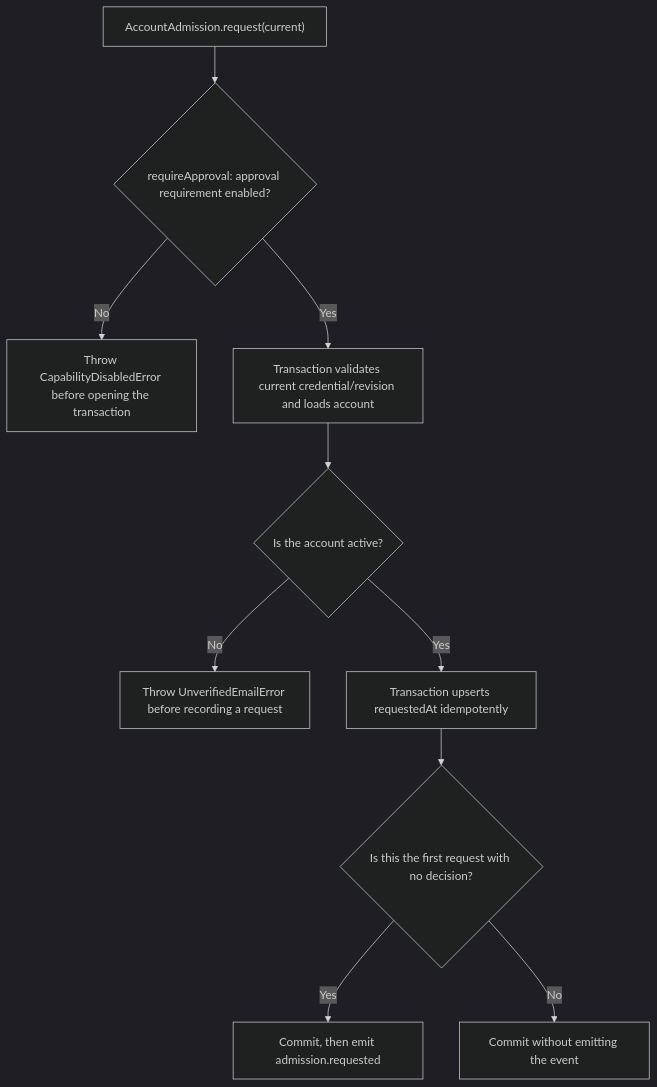
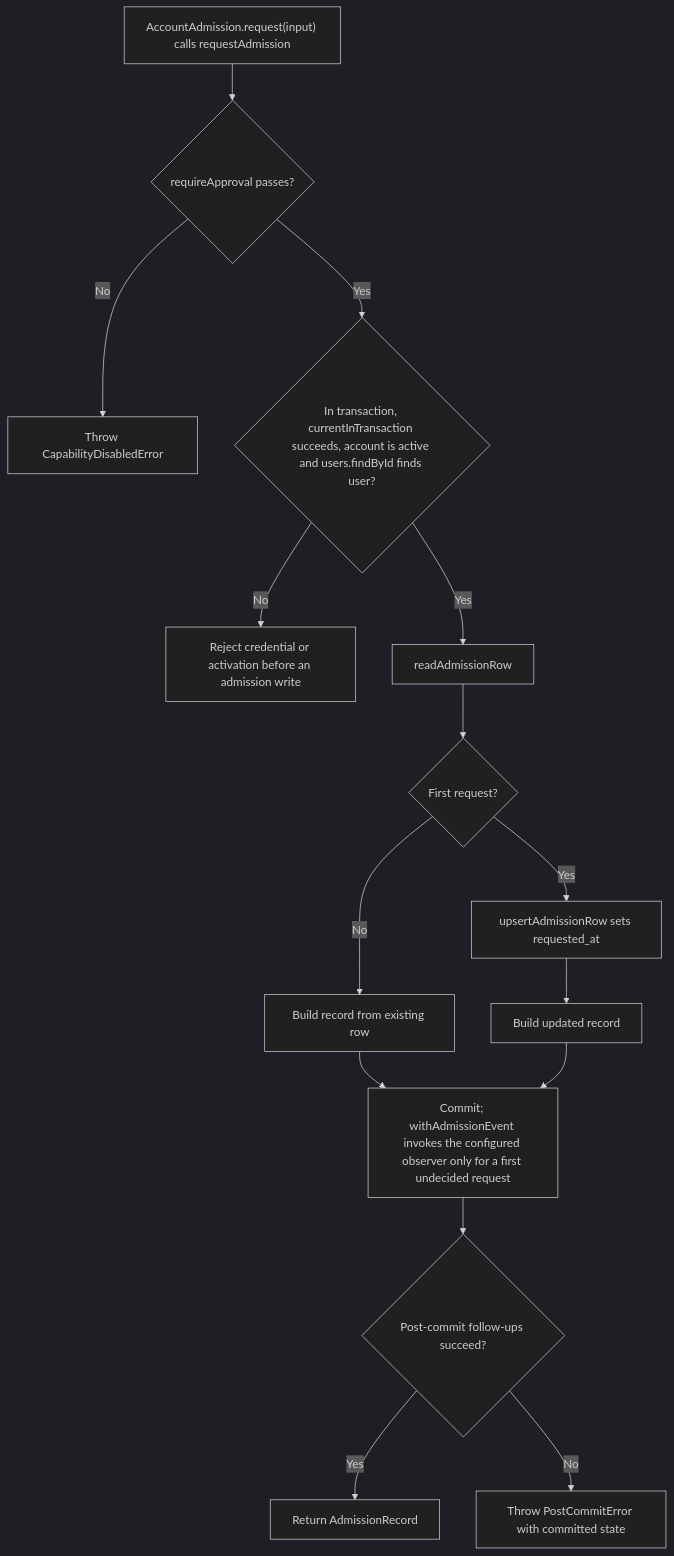
Before and after one commit to Kevinjohn/oss-adonisjs-account-kit: the second of 2 diagrams in user-stories/US-ACCOUNT-24-request-admission.md, drawn with Mermaid (dark theme). The commit also changed other lines of this file and 70 other files, not shown here.

Commit message:
Refresh the Account Kit user story catalogue for 0.6.0

````diff
--- a/user-stories/US-ACCOUNT-24-request-admission.md
+++ b/user-stories/US-ACCOUNT-24-request-admission.md
@@ -34,12 +35,17 @@
 ```mermaid
 flowchart TD
- A["AccountAdmission.request(current)"] --> C{"requireApproval: approval requirement enabled?"}
- C -->|No| D["Throw CapabilityDisabledError before opening the transaction"]
- C -->|Yes| B["Transaction validates current credential/revision and loads account"]
- B --> E{"Is the account active?"}
- E -->|No| F["Throw UnverifiedEmailError before recording a request"]
- E -->|Yes| G["Transaction upserts requestedAt idempotently"]
- G --> H{"Is this the first request with no decision?"}
- H -->|Yes| I["Commit, then emit admission.requested"]
- H -->|No| J["Commit without emitting the event"]
+ A["AccountAdmission.request(input) calls requestAdmission"] --> B{"requireApproval passes?"}
+ B -->|No| X["Throw CapabilityDisabledError"]
+ B -->|Yes| C{"In transaction, currentInTransaction succeeds, account is active and users.findById finds user?"}
+ C -->|No| Y["Reject credential or activation before an admission write"]
+ C -->|Yes| D["readAdmissionRow"]
+ D --> E{"First request?"}
+ E -->|Yes| F["upsertAdmissionRow sets requested_at"]
+ E -->|No| G["Build record from existing row"]
+ F --> H["Build updated record"]
+ G --> I["Commit; withAdmissionEvent invokes the configured observer only for a first undecided request"]
+ H --> I
+ I --> J{"Post-commit follow-ups succeed?"}
+ J -->|Yes| K["Return AdmissionRecord"]
+ J -->|No| L["Throw PostCommitError with committed state"]
 ```
````
